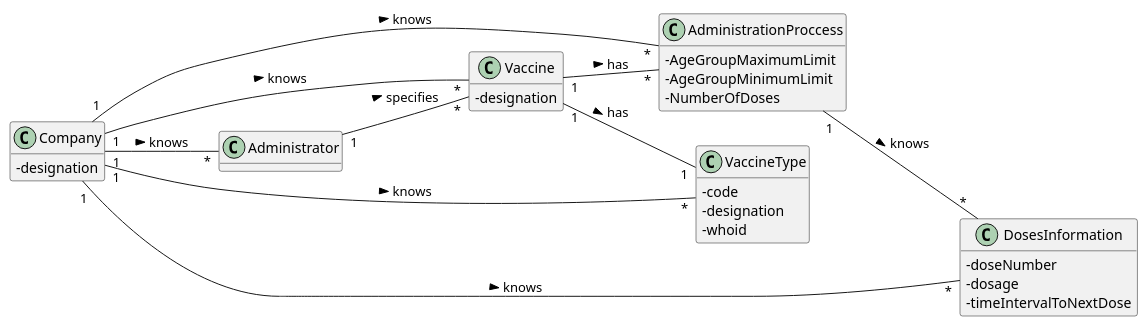
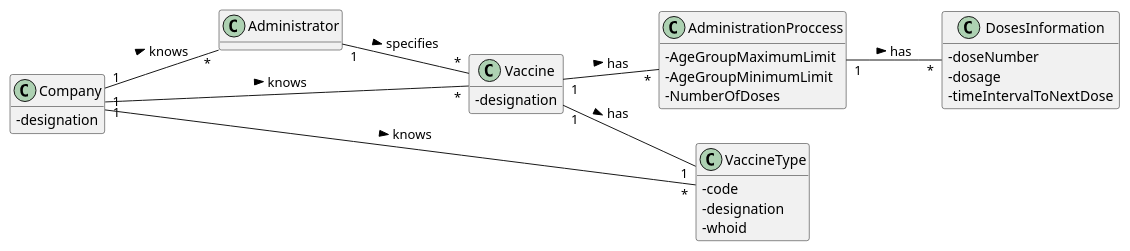
One commit to miseEnPlace-i/lapr2 changed the diagram in docs/SprintB/US13/DM/US13_DM.puml. Above: the diagram before and after it, drawn with PlantUML. The commit also changed 3 other files, not shown here.

```diff
--- a/docs/SprintB/US13/DM/US13_DM.puml
+++ b/docs/SprintB/US13/DM/US13_DM.puml
@@ -1,44 +1,42 @@
 @startuml
 hide methods
 left to right direction
 skinparam classAttributeIconSize 0
 
 class Company {
   -designation
 }
 
 class Vaccine {
   -designation
 }
 
 class VaccineType {
   -code
   -designation
   -whoid
 }
 
 class AdministrationProccess {
   -AgeGroupMaximumLimit
   -AgeGroupMinimumLimit
   -NumberOfDoses
 }
 
 class DosesInformation {
   -doseNumber
   -dosage
   -timeIntervalToNextDose
 }
 
 class Administrator {}
 
 Company "1" -- "*" Vaccine : knows >
 Company "1" -- "*" VaccineType : knows >
-Company "1" -- "*" AdministrationProccess : knows >
-Company "1" -- "*" DosesInformation : knows >
 Company "1" -- "*" Administrator : knows >
 Administrator "1" -- "*" Vaccine : specifies >
 Vaccine "1" -- "*" AdministrationProccess : has >
 Vaccine "1" -- "1" VaccineType : has >
-AdministrationProccess "1" -- "*" DosesInformation : knows >
+AdministrationProccess "1" -- "*" DosesInformation : has >
 
 @enduml
```
